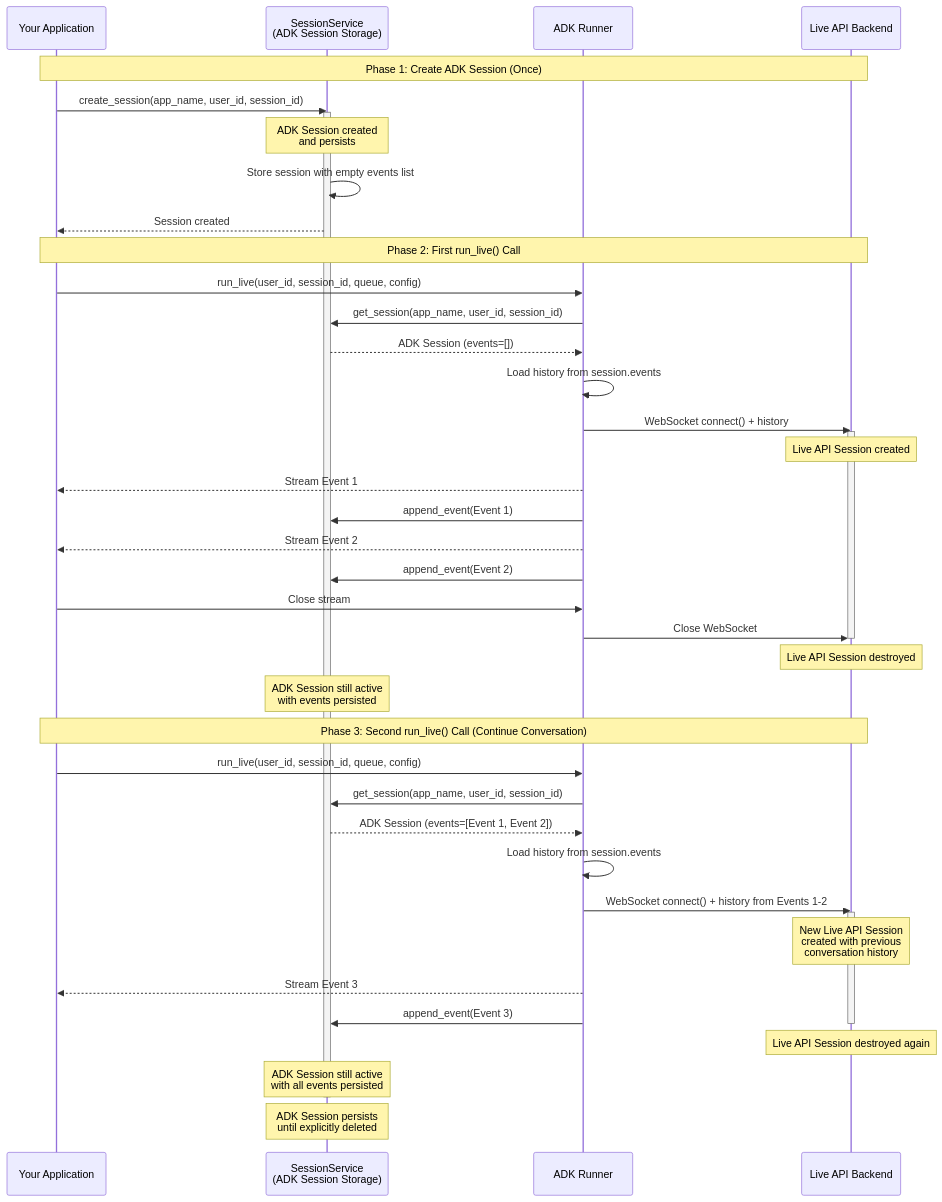
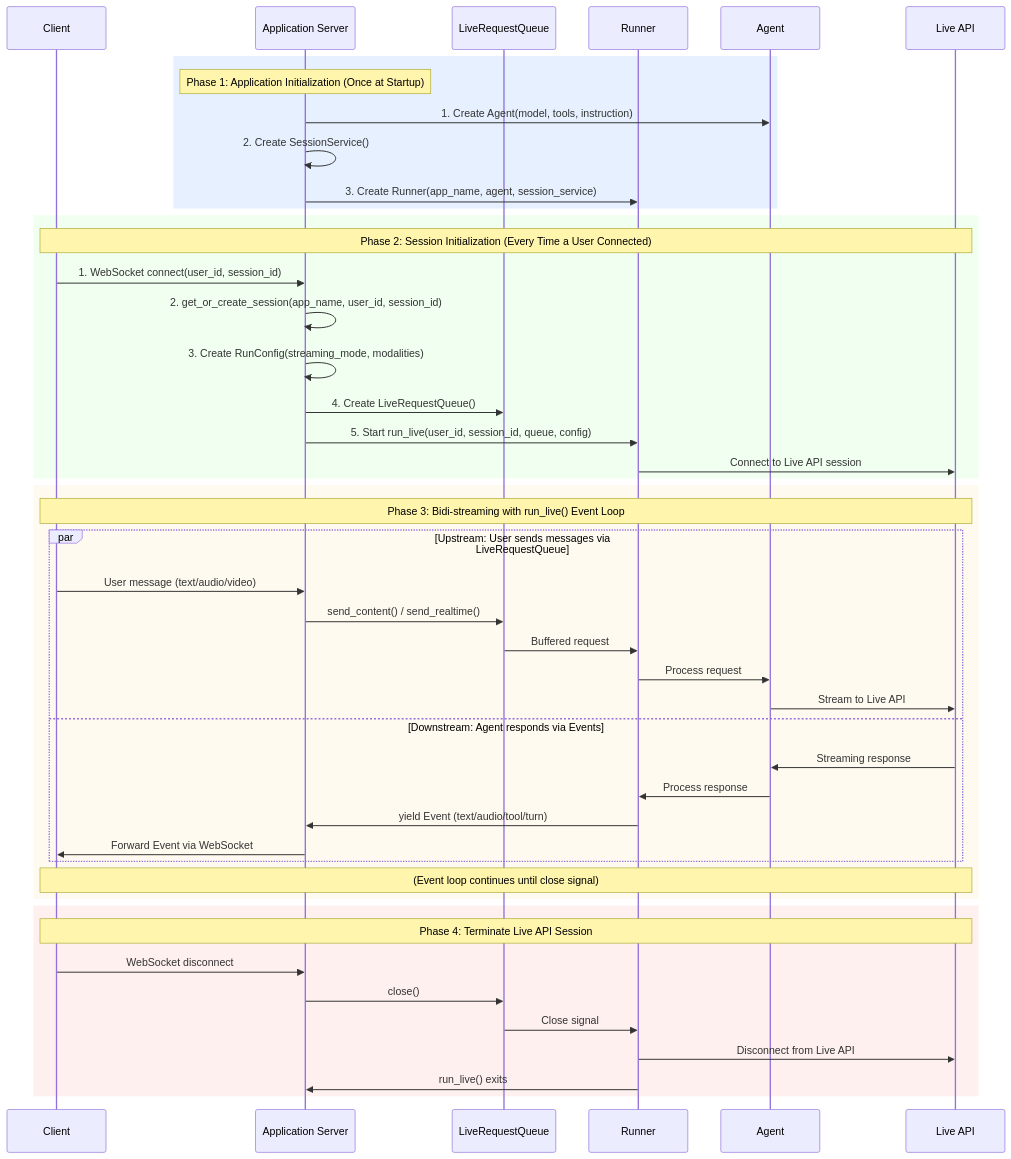
The third of 4 diagrams in docs/part4_run_config.md (kazunori279/adk-streaming-guide), drawn with Mermaid before and after one commit. The commit also changed other lines of this file and 2 other files, not shown here.

Commit message:
docs: clarify ADK/Live API session relationship and run_live() exit conditions
Add comprehensive documentation to distinguish ADK Sessions from Live API Sessions and document all scenarios when run_live() terminates. This clarification helps developers understand the dual-session architecture and plan for connection lifecycle management.

🤖 Generated with [Claude Code](https://claude.com/claude-code)

````diff
--- a/docs/part4_run_config.md
+++ b/docs/part4_run_config.md
@@ -270,56 +272,54 @@
 ```mermaid
 sequenceDiagram
-    participant App as Your Application
-    participant SS as SessionService<br/>(ADK Session Storage)
-    participant Runner as ADK Runner
-    participant Live as Live API Backend
+    participant Client
+    participant App as Application Server
+    participant Queue as LiveRequestQueue
+    participant Runner
+    participant Agent
+    participant API as Live API
 
-    Note over App,Live: Phase 1: Create ADK Session (Once)
+    rect rgb(230, 240, 255)
+        Note over App: Phase 1: Application Initialization (Once at Startup)
+        App->>Agent: 1. Create Agent(model, tools, instruction)
+        App->>App: 2. Create SessionService()
+        App->>Runner: 3. Create Runner(app_name, agent, session_service)
+    end
 
-    App->>SS: create_session(app_name, user_id, session_id)
-    activate SS
-    Note over SS: ADK Session created<br/>and persists
-    SS->>SS: Store session with empty events list
-    SS-->>App: Session created
+    rect rgb(240, 255, 240)
+        Note over Client,API: Phase 2: Session Initialization (Every Time a User Connected)
+        Client->>App: 1. WebSocket connect(user_id, session_id)
+        App->>App: 2. get_or_create_session(app_name, user_id, session_id)
+        App->>App: 3. Create RunConfig(streaming_mode, modalities)
+        App->>Queue: 4. Create LiveRequestQueue()
+        App->>Runner: 5. Start run_live(user_id, session_id, queue, config)
+        Runner->>API: Connect to Live API session
+    end
 
-    Note over App,Live: Phase 2: First run_live() Call
+    rect rgb(255, 250, 240)
+        Note over Client,API: Phase 3: Bidi-streaming with run_live() Event Loop
 
-    App->>Runner: run_live(user_id, session_id, queue, config)
-    Runner->>SS: get_session(app_name, user_id, session_id)
-    SS-->>Runner: ADK Session (events=[])
-    Runner->>Runner: Load history from session.events
-    Runner->>Live: WebSocket connect() + history
-    activate Live
-    Note over Live: Live API Session created
+        par Upstream: User sends messages via LiveRequestQueue
+            Client->>App: User message (text/audio/video)
+            App->>Queue: send_content() / send_realtime()
+            Queue->>Runner: Buffered request
+            Runner->>Agent: Process request
+            Agent->>API: Stream to Live API
+        and Downstream: Agent responds via Events
+            API->>Agent: Streaming response
+            Agent->>Runner: Process response
+            Runner->>App: yield Event (text/audio/tool/turn)
+            App->>Client: Forward Event via WebSocket
+        end
 
-    Runner-->>App: Stream Event 1
-    Runner->>SS: append_event(Event 1)
-    Runner-->>App: Stream Event 2
-    Runner->>SS: append_event(Event 2)
+        Note over Client,API: (Event loop continues until close signal)
+    end
 
-    App->>Runner: Close stream
-    Runner->>Live: Close WebSocket
-    deactivate Live
-    Note over Live: Live API Session destroyed
-    Note over SS: ADK Session still active<br/>with events persisted
-
-    Note over App,Live: Phase 3: Second run_live() Call (Continue Conversation)
-
-    App->>Runner: run_live(user_id, session_id, queue, config)
-    Runner->>SS: get_session(app_name, user_id, session_id)
-    SS-->>Runner: ADK Session (events=[Event 1, Event 2])
-    Runner->>Runner: Load history from session.events
-    Runner->>Live: WebSocket connect() + history from Events 1-2
-    activate Live
-    Note over Live: New Live API Session<br/>created with previous<br/>conversation history
-
-    Runner-->>App: Stream Event 3
-    Runner->>SS: append_event(Event 3)
-
-    deactivate Live
-    Note over Live: Live API Session destroyed again
-    Note over SS: ADK Session still active<br/>with all events persisted
-
-    deactivate SS
-    Note over SS: ADK Session persists<br/>until explicitly deleted
+    rect rgb(255, 240, 240)
+        Note over Client,API: Phase 4: Terminate Live API Session
+        Client->>App: WebSocket disconnect
+        App->>Queue: close()
+        Queue->>Runner: Close signal
+        Runner->>API: Disconnect from Live API
+        Runner->>App: run_live() exits
+    end
 ```
````
